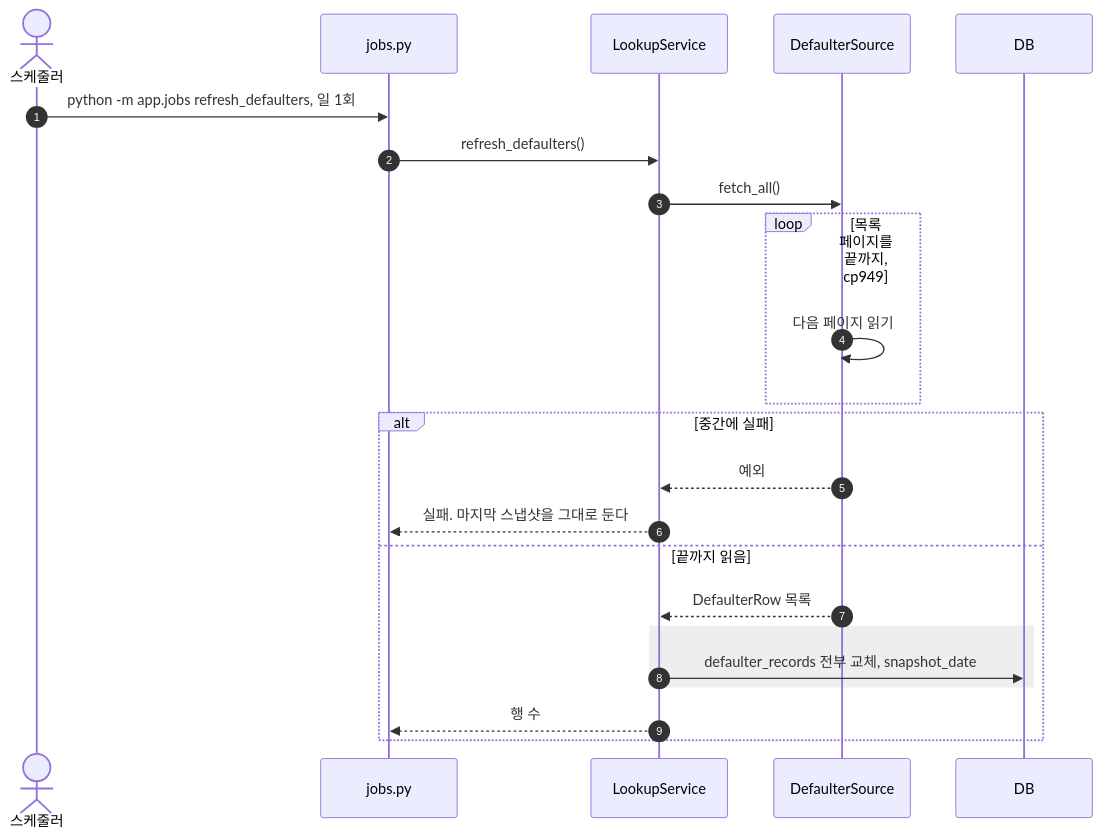
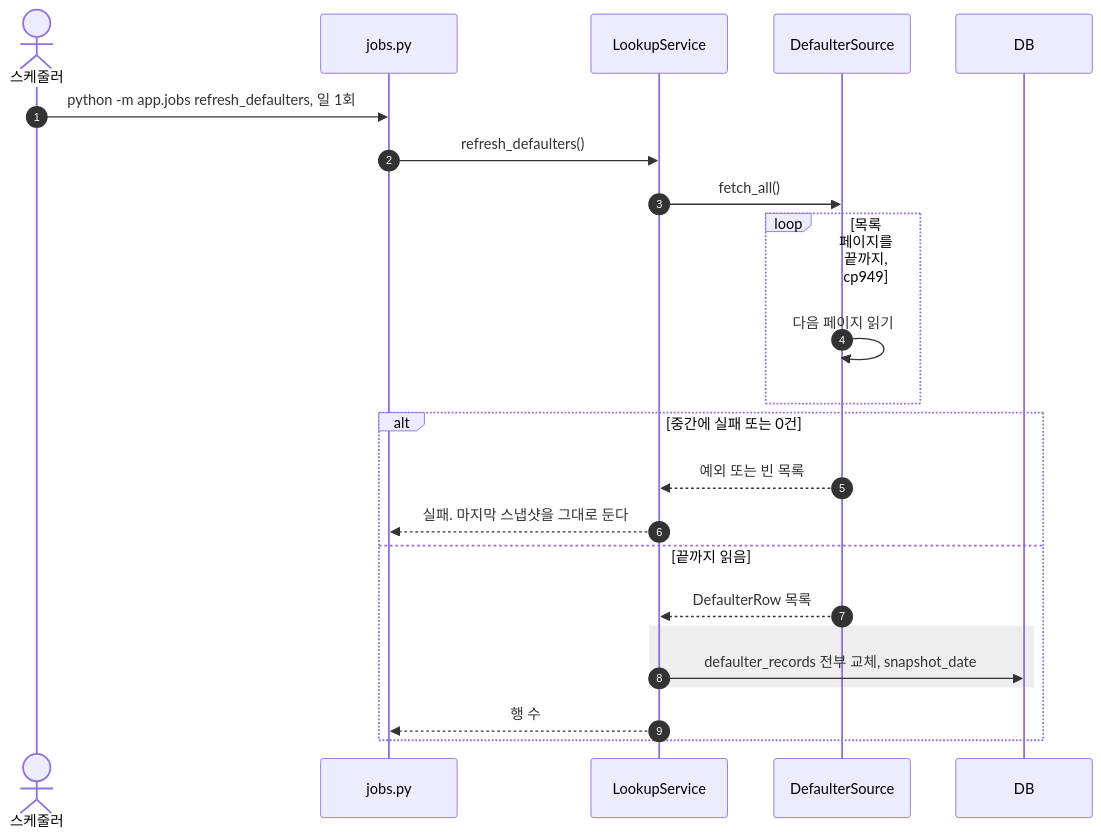
Diagram 17 of 20 in docs/specs/09-SEQ/JSD-SEQ-001.md (HoyoungParkme/deposit-guard), drawn with Mermaid before and after one commit. The commit also changed other lines of this file, not shown here.

````diff
--- a/docs/specs/09-SEQ/JSD-SEQ-001.md
+++ b/docs/specs/09-SEQ/JSD-SEQ-001.md
@@ -977,26 +997,26 @@
 ```mermaid
 sequenceDiagram
     autonumber
     actor OP as 스케줄러
     participant JB as jobs.py
     participant LK as LookupService
     participant HG as DefaulterSource
     participant DB
 
     OP->>JB: python -m app.jobs refresh_defaulters, 일 1회
     JB->>LK: refresh_defaulters()
     LK->>HG: fetch_all()
     loop 목록 페이지를 끝까지, cp949
         HG->>HG: 다음 페이지 읽기
     end
-    alt 중간에 실패
-        HG-->>LK: 예외
+    alt 중간에 실패 또는 0건
+        HG-->>LK: 예외 또는 빈 목록
         LK-->>JB: 실패. 마지막 스냅샷을 그대로 둔다
     else 끝까지 읽음
         HG-->>LK: DefaulterRow 목록
         rect rgb(238, 238, 238)
             LK->>DB: defaulter_records 전부 교체, snapshot_date
         end
         LK-->>JB: 행 수
     end
 ```
````
